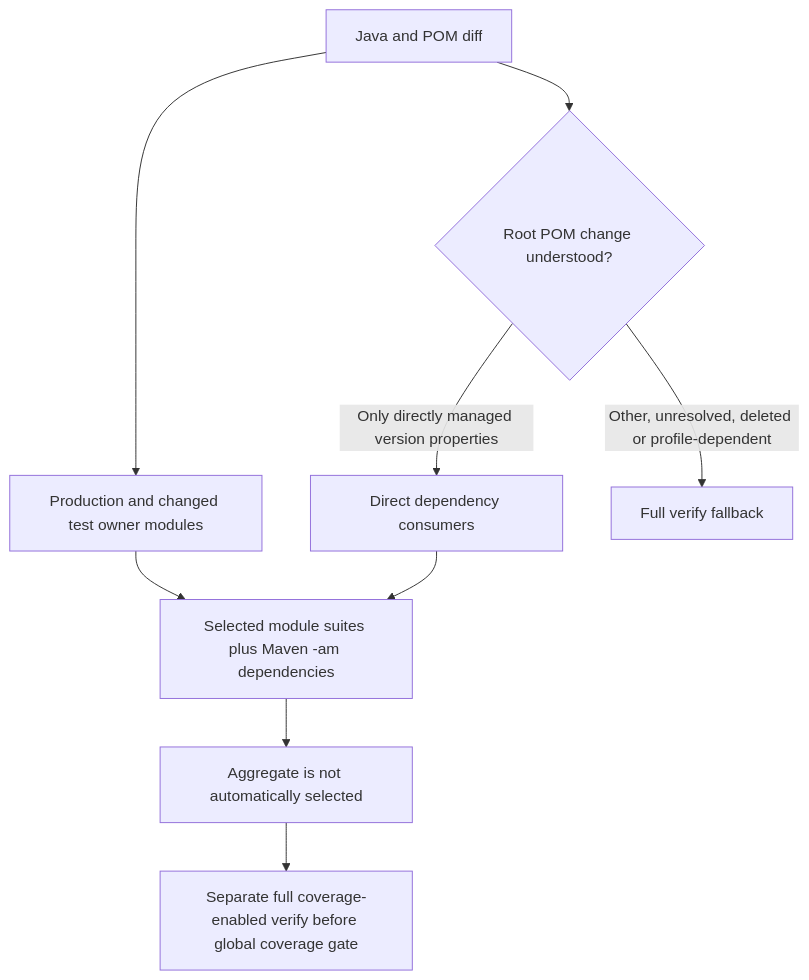
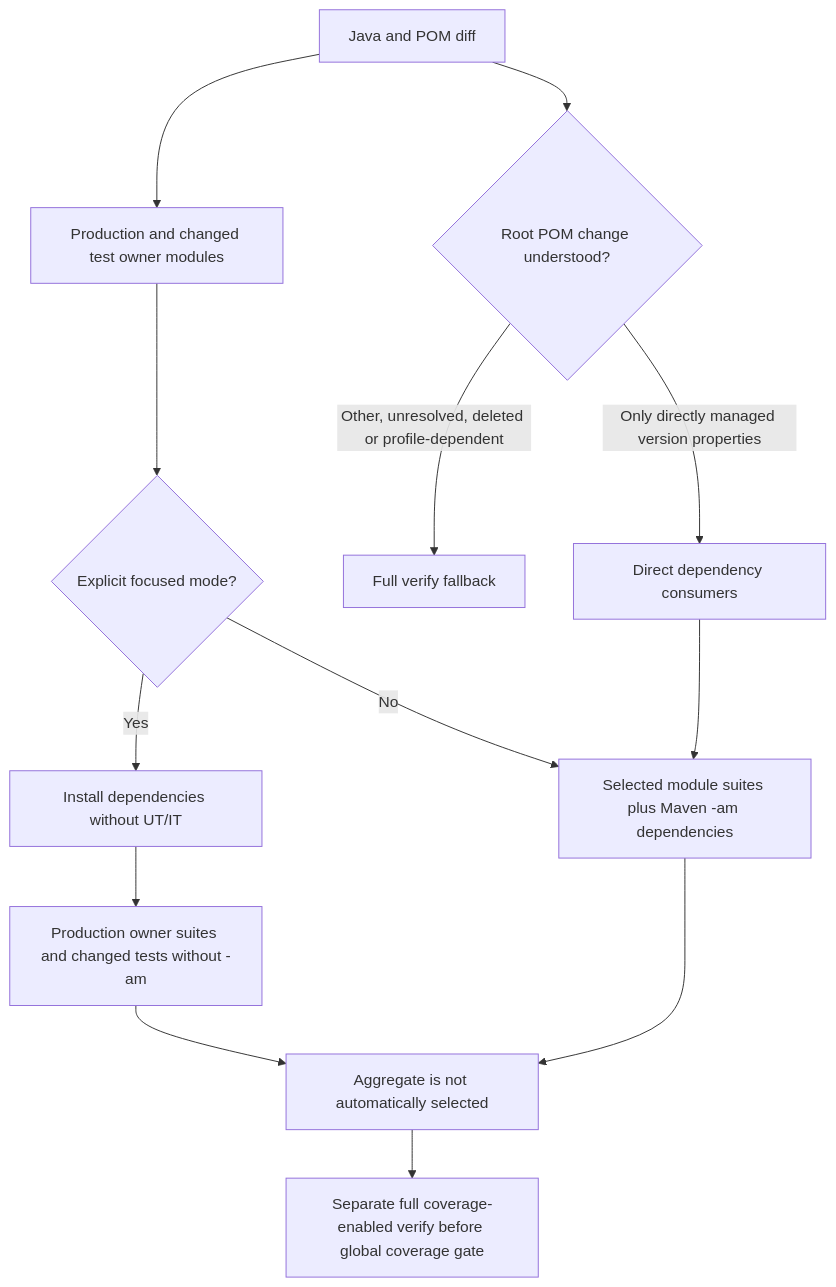
The fourth of 4 diagrams in docs/workflow-guidance.md (antonillos/makevn), drawn with Mermaid before and after one commit. The commit also changed other lines of this file and 14 other files, not shown here.

Commit message:
feat(changes): add focused verification without dependency test suites

````diff
--- a/docs/workflow-guidance.md
+++ b/docs/workflow-guidance.md
@@ -130,11 +130,15 @@
 ```mermaid
 flowchart TD
   Diff[Java and POM diff] --> Owners[Production and changed test owner modules]
   Diff --> POM{Root POM change understood?}
   POM -->|Only directly managed version properties| Consumers[Direct dependency consumers]
   POM -->|Other, unresolved, deleted or profile-dependent| Full[Full verify fallback]
-  Owners --> Verify[Selected module suites plus Maven -am dependencies]
+  Owners --> Mode{Explicit focused mode?}
+  Mode -->|No| Verify[Selected module suites plus Maven -am dependencies]
+  Mode -->|Yes| Prepare[Install dependencies without UT/IT]
+  Prepare --> Focus[Production owner suites and changed tests without -am]
+  Focus --> Separate
   Consumers --> Verify
   Verify --> Separate[Aggregate is not automatically selected]
   Separate --> Gate[Separate full coverage-enabled verify before global coverage gate]
 ```
````
